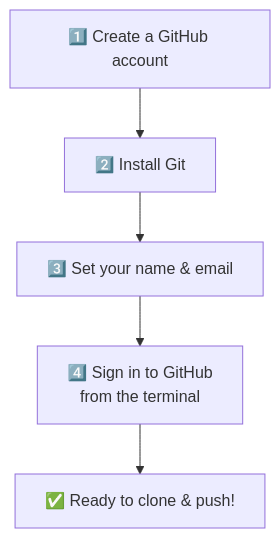
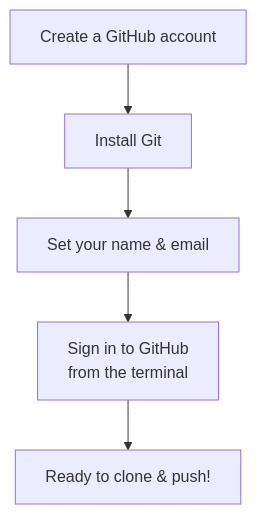
One commit to anasp07-hue/Github-Guide changed the diagram in info-vault/02-setup.md. Above: the diagram before and after it, drawn with Mermaid. The commit also changed other lines of this file and 7 other files, not shown here.

````diff
--- a/info-vault/02-setup.md
+++ b/info-vault/02-setup.md
@@ -16,7 +16,7 @@
 ```mermaid
 flowchart TD
-    A["1️⃣ Create a GitHub account"] --> B["2️⃣ Install Git"]
-    B --> C["3️⃣ Set your name & email"]
-    C --> D["4️⃣ Sign in to GitHub<br/>from the terminal"]
-    D --> E["✅ Ready to clone & push!"]
+    A["Create a GitHub account"] --> B["Install Git"]
+    B --> C["Set your name & email"]
+    C --> D["Sign in to GitHub<br/>from the terminal"]
+    D --> E["Ready to clone & push!"]
 ```
````
